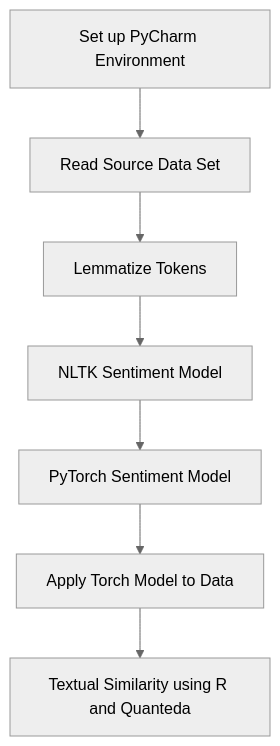
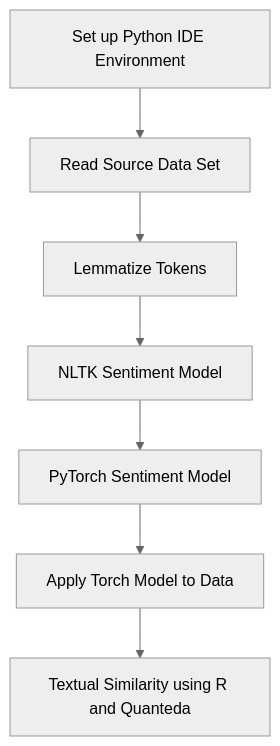
The diagram in README.md (garth-c/nlp_demo), drawn with Mermaid (neutral theme) before and after one commit. The commit also changed other lines of this file, not shown here.

````diff
--- a/README.md
+++ b/README.md
@@ -39,9 +54,9 @@
 ```mermaid
 graph TD;
-    A[Set up PyCharm Environment] --> B[Read Source Data Set]
+    A[Set up Python IDE Environment] --> B[Read Source Data Set]
     B --> C[Lemmatize Tokens]
     C --> D[NLTK Sentiment Model]
     D --> E[PyTorch Sentiment Model]
     E --> F[Apply Torch Model to Data]
     F --> G[Textual Similarity using R and Quanteda]
 ```
````
